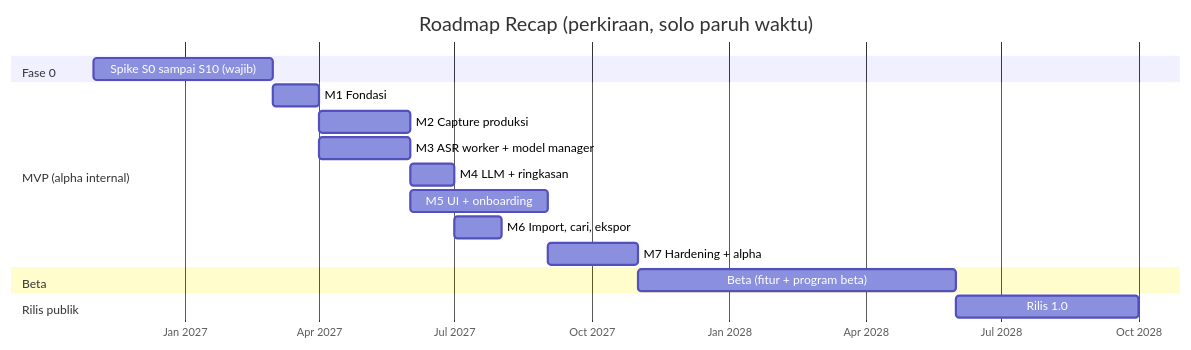
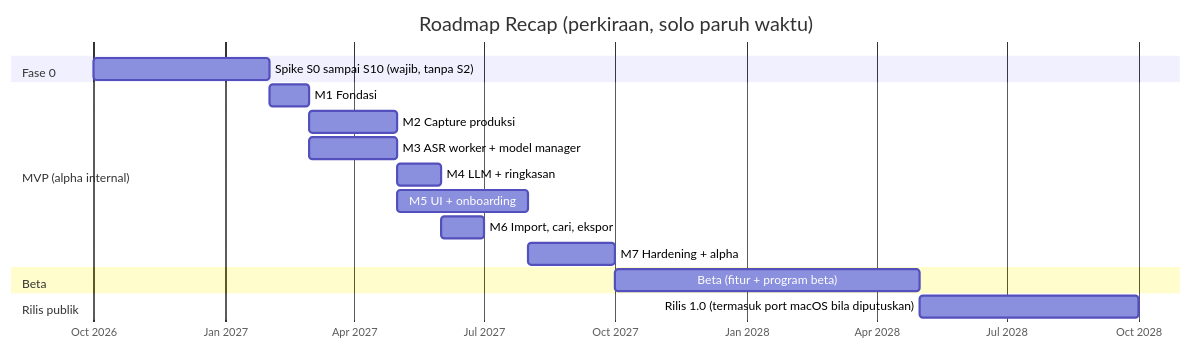
The first of 2 diagrams in docs/planning/08-roadmap.md (fadhiilhamizan/Recap), drawn with Mermaid before and after one commit. The commit also changed other lines of this file and 28 other files, not shown here.

````diff
--- a/docs/planning/08-roadmap.md
+++ b/docs/planning/08-roadmap.md
@@ -20,20 +20,20 @@
 ```mermaid
 gantt
   title Roadmap Recap (perkiraan, solo paruh waktu)
   dateFormat YYYY-MM
   axisFormat %b %Y
   section Fase 0
-  Spike S0 sampai S10 (wajib)     :f0, 2026-11, 4M
+  Spike S0 sampai S10 (wajib, tanpa S2) :f0, 2026-10, 4M
   section MVP (alpha internal)
   M1 Fondasi                      :m1, after f0, 1M
   M2 Capture produksi             :m2, after m1, 2M
   M3 ASR worker + model manager   :m3, after m1, 2M
   M4 LLM + ringkasan              :m4, after m3, 1M
   M5 UI + onboarding              :m5, after m2, 3M
   M6 Import, cari, ekspor         :m6, after m4, 1M
   M7 Hardening + alpha            :m7, after m5, 2M
   section Beta
   Beta (fitur + program beta)     :b1, after m7, 7M
   section Rilis publik
-  Rilis 1.0                       :r1, after b1, 4M
+  Rilis 1.0 (termasuk port macOS bila diputuskan) :r1, after b1, 5M
 ```
````
